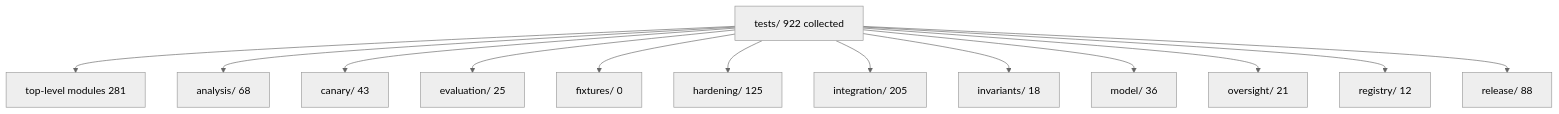
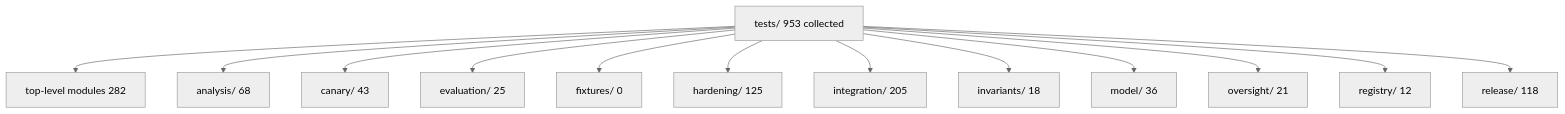
The diagram in tests/README.md (docxology/red_line), drawn with Mermaid (neutral theme) before and after one commit. The commit also changed other lines of this file and 35 other files, not shown here.

````diff
--- a/tests/README.md
+++ b/tests/README.md
@@ -7,28 +7,28 @@
 ```mermaid
 flowchart TD
-  root["tests/ 922 collected"]
-  top["top-level modules 281"]
+  root["tests/ 953 collected"]
+  top["top-level modules 282"]
   analysis["analysis/ 68"]
   canary["canary/ 43"]
   evaluation["evaluation/ 25"]
   fixtures["fixtures/ 0"]
   hardening["hardening/ 125"]
   integration["integration/ 205"]
   invariants["invariants/ 18"]
   model["model/ 36"]
   oversight["oversight/ 21"]
   registry["registry/ 12"]
-  release["release/ 88"]
+  release["release/ 118"]
   root --> top
   root --> analysis
   root --> canary
   root --> evaluation
   root --> fixtures
   root --> hardening
   root --> integration
   root --> invariants
   root --> model
   root --> oversight
   root --> registry
   root --> release
 ```
````
